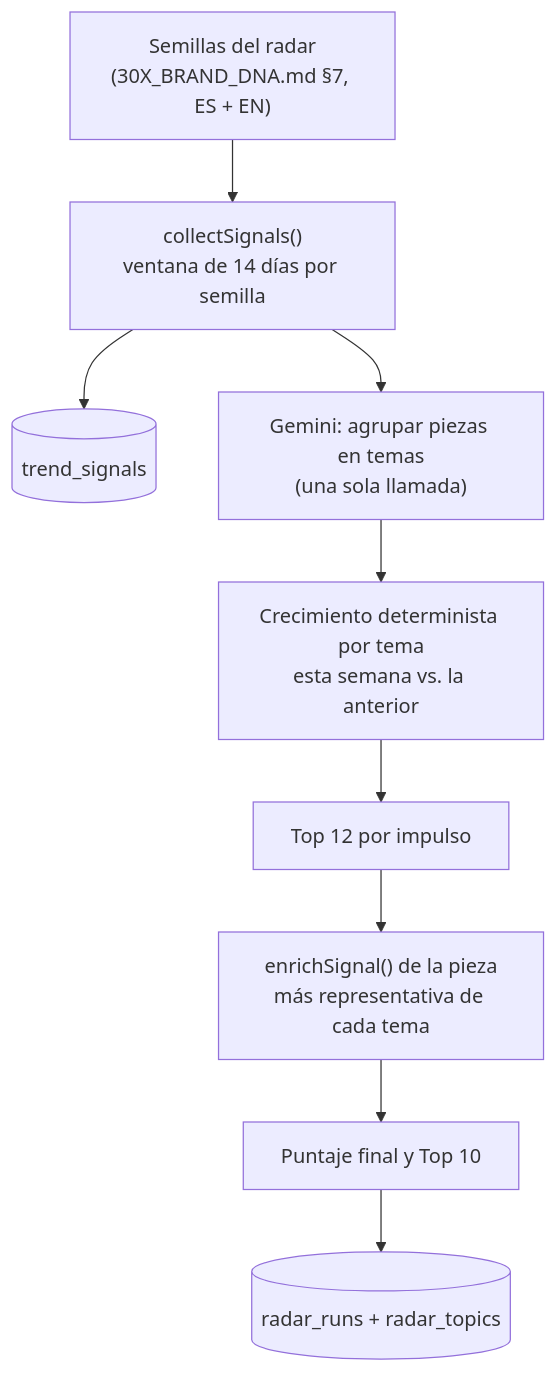
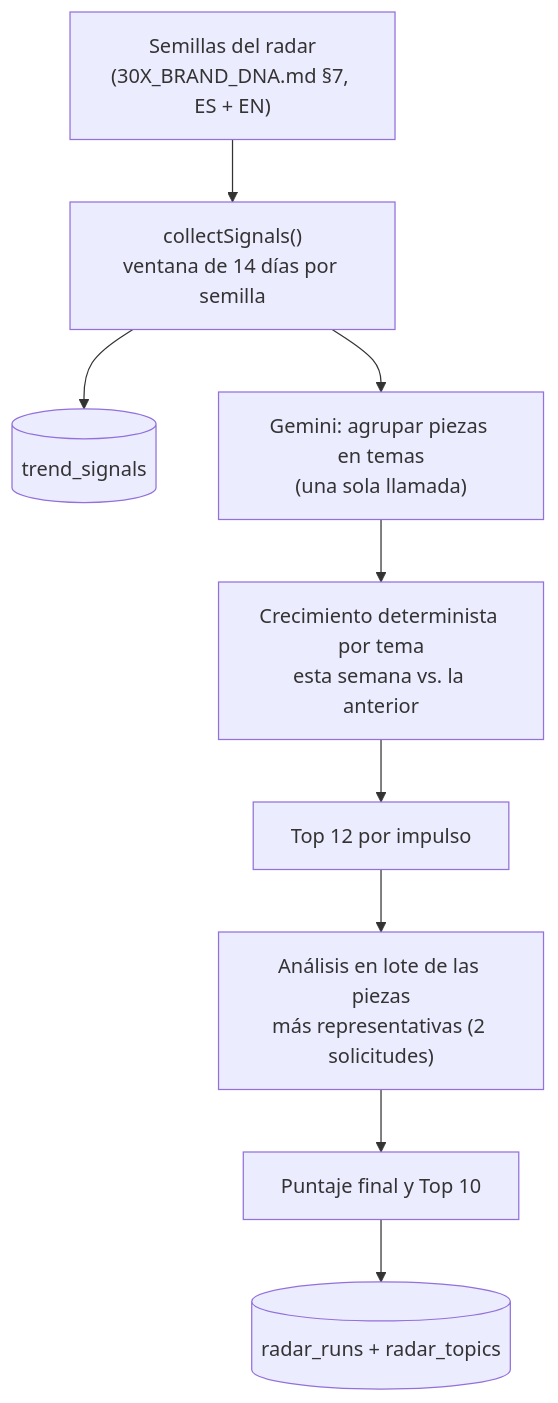
One commit to rAngel-j/30x-trend-engine changed the ninth of 9 diagrams in docs/ARCHITECTURE.md. Above: the diagram before and after it, drawn with Mermaid. The commit also changed other lines of this file and 19 other files, not shown here.

First line of the commit message:
Primera prueba real: análisis en lote, modelo vigente y calidad

````diff
--- a/docs/ARCHITECTURE.md
+++ b/docs/ARCHITECTURE.md
@@ -289,11 +309,11 @@
 ```mermaid
 flowchart TB
     S["Semillas del radar<br/>(30X_BRAND_DNA.md §7, ES + EN)"] --> C["collectSignals()<br/>ventana de 14 días por semilla"]
     C --> DB[("trend_signals")]
     C --> K["Gemini: agrupar piezas en temas<br/>(una sola llamada)"]
     K --> G["Crecimiento determinista por tema<br/>esta semana vs. la anterior"]
     G --> P["Top 12 por impulso"]
-    P --> A["enrichSignal() de la pieza<br/>más representativa de cada tema"]
+    P --> A["Análisis en lote de las piezas<br/>más representativas (2 solicitudes)"]
     A --> R["Puntaje final y Top 10"]
     R --> RT[("radar_runs + radar_topics")]
 ```
````
